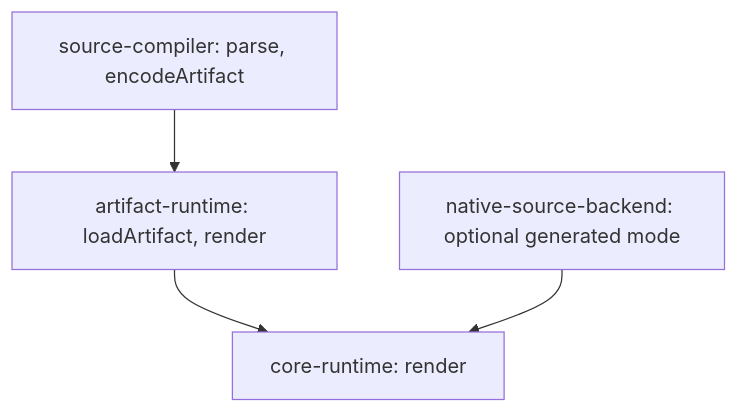
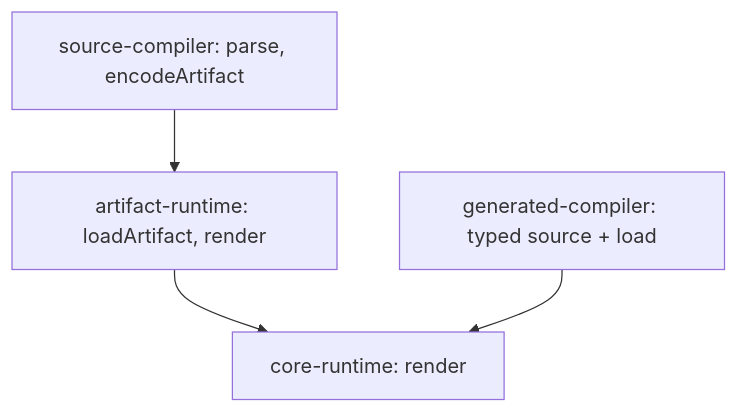
Before and after one commit to polyspec/template: the sixth of 6 diagrams in docs/spec/runtime.md, drawn with Mermaid. The commit also changed 5 other files, not shown here.

Commit message:
Make generated compiler a first class support level

````diff
--- a/docs/spec/runtime.md
+++ b/docs/spec/runtime.md
@@ -196,6 +196,6 @@
 ```mermaid
 flowchart TB
   SourceCompiler["source-compiler: parse, encodeArtifact"] --> ArtifactRuntime["artifact-runtime: loadArtifact, render"]
   ArtifactRuntime --> CoreRuntime["core-runtime: render"]
-  NativeBackend["native-source-backend: optional generated mode"] --> CoreRuntime
+  GeneratedCompiler["generated-compiler: typed source + load"] --> CoreRuntime
 ```
````
